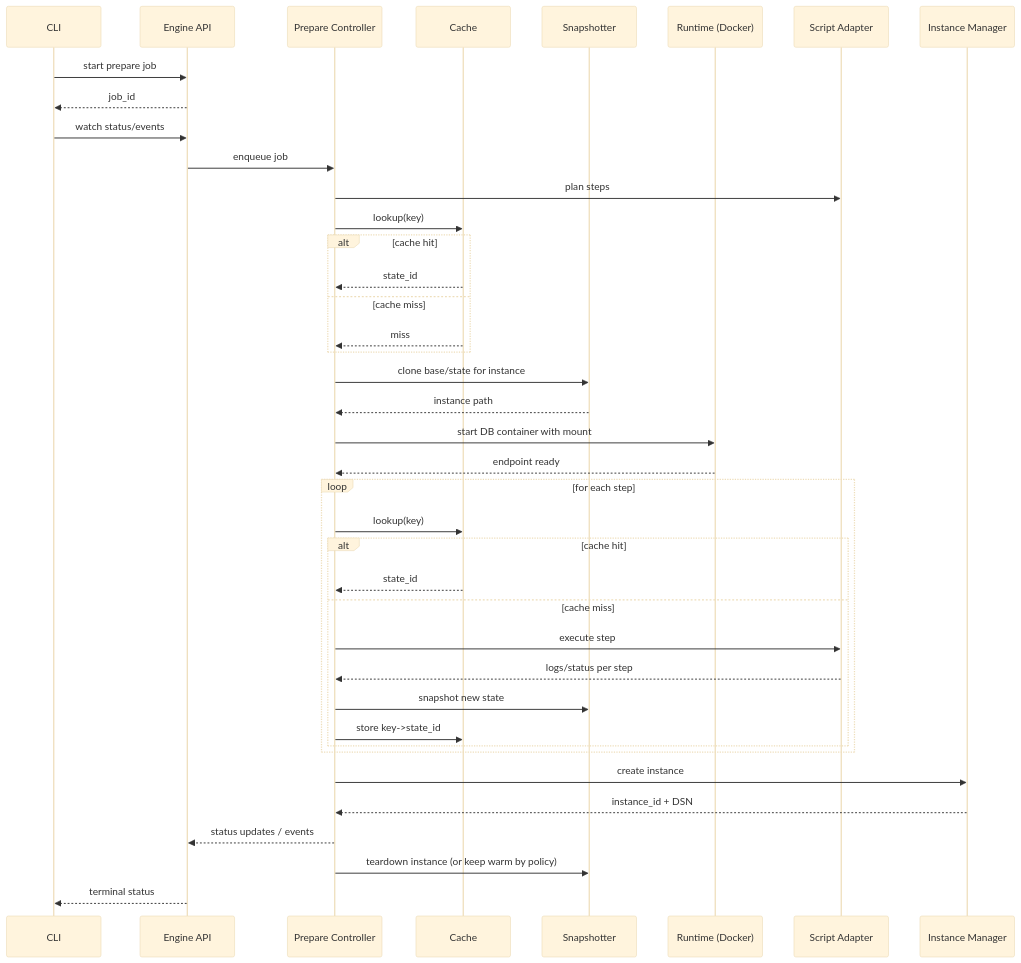
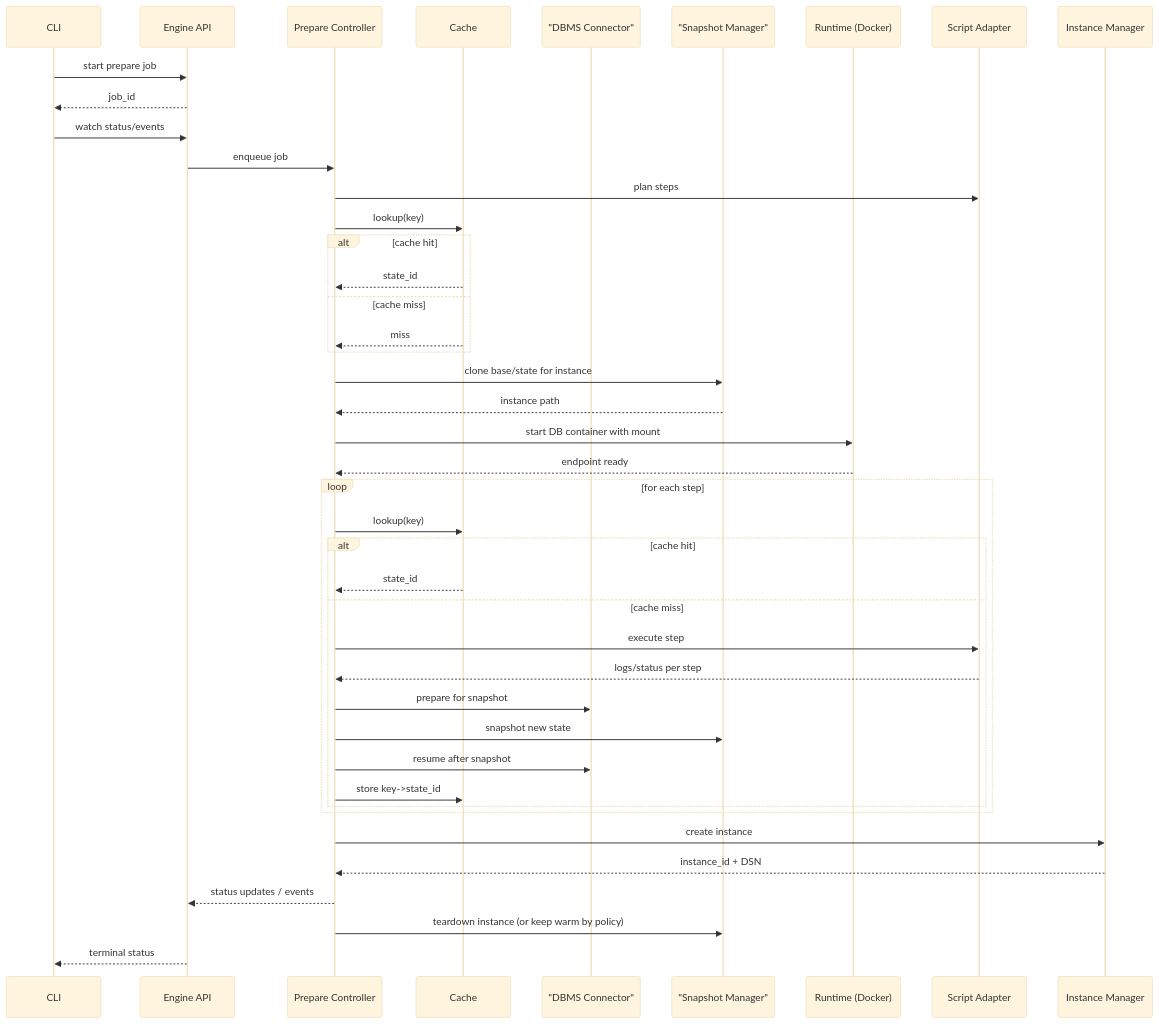
The second of 6 diagrams in docs/architecture/engine-internals.md (kimak-irmagi/taidon), drawn with Mermaid (base theme) before and after one commit. The commit also changed other lines of this file and 6 other files, not shown here.

````diff
--- a/docs/architecture/engine-internals.md
+++ b/docs/architecture/engine-internals.md
@@ -131,43 +150,46 @@
 ```mermaid
 sequenceDiagram
   participant CLI as CLI
   participant API as Engine API
   participant CTRL as Prepare Controller
   participant CACHE as Cache
-  participant SNAP as Snapshotter
+  participant DBMS as "DBMS Connector"
+  participant SNAP as "Snapshot Manager"
   participant RT as Runtime (Docker)
   participant ADAPTER as Script Adapter
   participant INST as Instance Manager
 
   CLI->>API: start prepare job
   API-->>CLI: job_id
   CLI->>API: watch status/events
   API->>CTRL: enqueue job
   CTRL->>ADAPTER: plan steps
   CTRL->>CACHE: lookup(key)
   alt cache hit
     CACHE-->>CTRL: state_id
   else cache miss
     CACHE-->>CTRL: miss
   end
   CTRL->>SNAP: clone base/state for instance
   SNAP-->>CTRL: instance path
   CTRL->>RT: start DB container with mount
   RT-->>CTRL: endpoint ready
   loop for each step
     CTRL->>CACHE: lookup(key)
     alt cache hit
       CACHE-->>CTRL: state_id
     else cache miss
       CTRL->>ADAPTER: execute step
       ADAPTER-->>CTRL: logs/status per step
+      CTRL->>DBMS: prepare for snapshot
       CTRL->>SNAP: snapshot new state
+      CTRL->>DBMS: resume after snapshot
       CTRL->>CACHE: store key->state_id
     end
   end
   CTRL->>INST: create instance
   INST-->>CTRL: instance_id + DSN
   CTRL-->>API: status updates / events
   CTRL->>SNAP: teardown instance (or keep warm by policy)
   API-->>CLI: terminal status
 ```
````
